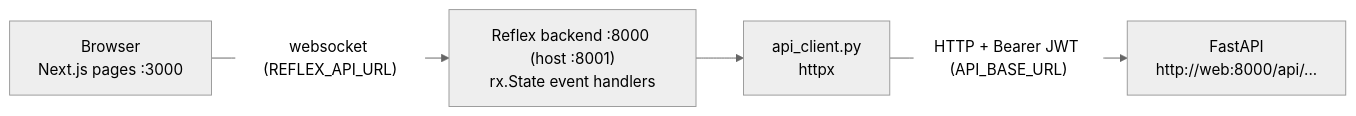
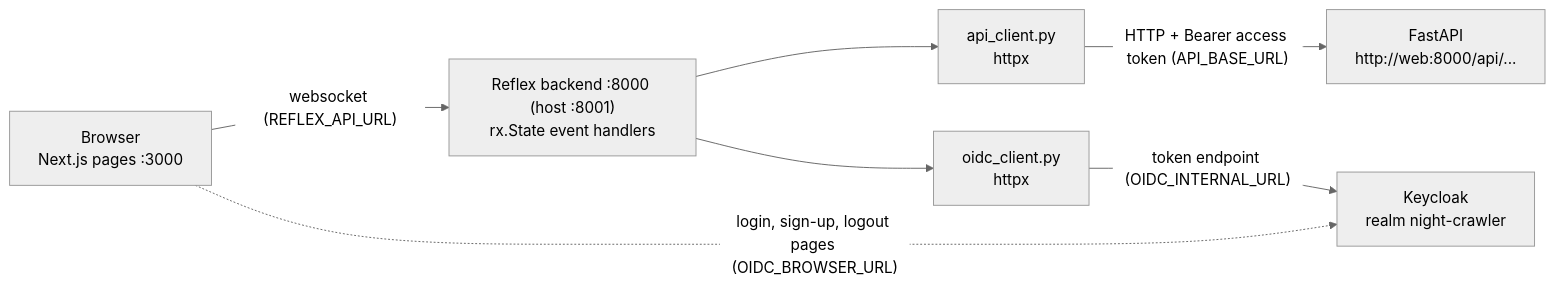
One commit to martiadrogue/night-crawler changed the first of 2 diagrams in frontend/docs/ARCHITECTURE.md. Above: the diagram before and after it, drawn with Mermaid (neutral theme). The commit also changed other lines of this file and 342 other files, not shown here.

````diff
--- a/frontend/docs/ARCHITECTURE.md
+++ b/frontend/docs/ARCHITECTURE.md
@@ -10,11 +10,17 @@
 ```mermaid
 flowchart LR
     browser["Browser<br/>Next.js pages :3000"]
     reflex["Reflex backend :8000 (host :8001)<br/>rx.State event handlers"]
     client["api_client.py<br/>httpx"]
     api["FastAPI<br/>http://web:8000/api/..."]
 
+    keycloak["Keycloak<br/>realm night-crawler"]
+    oidc["oidc_client.py<br/>httpx"]
+
     browser -- "websocket (REFLEX_API_URL)" --> reflex
     reflex --> client
-    client -- "HTTP + Bearer JWT (API_BASE_URL)" --> api
+    client -- "HTTP + Bearer access token (API_BASE_URL)" --> api
+    reflex --> oidc
+    oidc -- "token endpoint (OIDC_INTERNAL_URL)" --> keycloak
+    browser -. "login, sign-up, logout pages (OIDC_BROWSER_URL)" .-> keycloak
 ```
````
